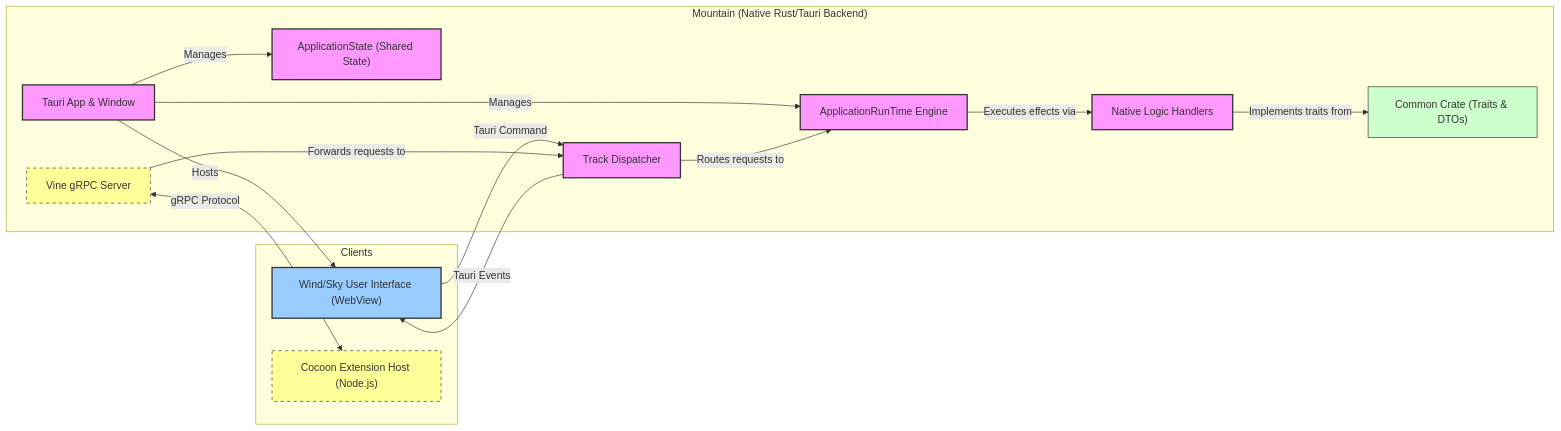
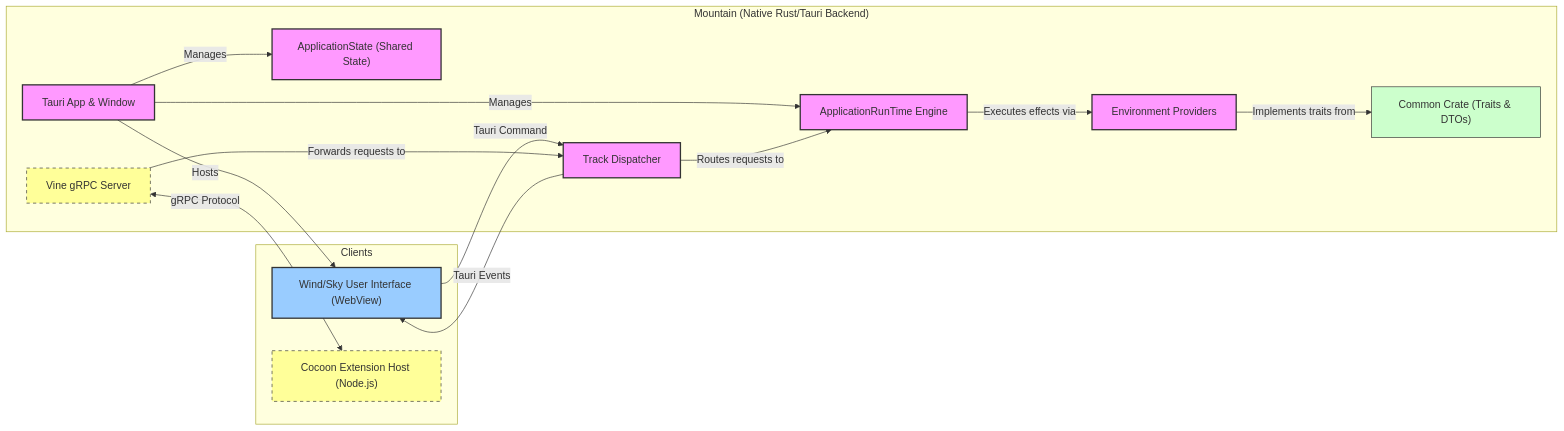
One commit to CodeEditorLand/Mountain changed the diagram in README.md. Above: the diagram before and after it, drawn with Mermaid. The commit also changed other lines of this file and 43 other files, not shown here.

````diff
--- a/README.md
+++ b/README.md
@@ -90,37 +90,37 @@
 ```mermaid
 graph LR
-    classDef mountain fill:#f9f,stroke:#333,stroke-width:2px;
-    classDef cocoon fill:#ccf,stroke:#333,stroke-width:2px;
-    classDef wind fill:#9cf,stroke:#333,stroke-width:2px;
+    classDef Mountain fill:#f9f,stroke:#333,stroke-width:2px;
+    classDef Cocoon fill:#ccf,stroke:#333,stroke-width:2px;
+    classDef Wind fill:#9cf,stroke:#333,stroke-width:2px;
     classDef Common fill:#cfc,stroke:#333,stroke-width:1px;
     classDef IPC fill:#ff9,stroke:#333,stroke-width:1px,stroke-dasharray: 5 5;
 
     subgraph "Mountain (Native Rust/Tauri Backend)"
-        TauriRuntime[Tauri App & Window]:::mountain
-        ApplicationRunTime[ApplicationRunTime Engine]:::mountain
-        ApplicationState["ApplicationState (Shared State)"]:::mountain
-        TrackDispatcher[Track Dispatcher]:::mountain
+        TauriRuntime[Tauri App & Window]:::Mountain
+        ApplicationRunTime[ApplicationRunTime Engine]:::Mountain
+        ApplicationState["ApplicationState (Shared State)"]:::Mountain
+        TrackDispatcher[Track Dispatcher]:::Mountain
         VinegRPC[Vine gRPC Server]:::IPC
-        NativeHandlers[Native Logic Handlers]:::mountain
+        EnvironmentProviders[Environment Providers]:::Mountain
         CommonCrate["Common Crate (Traits & DTOs)"]:::Common
 
         TauriRuntime -- Manages --> ApplicationState
         TauriRuntime -- Manages --> ApplicationRunTime
-        ApplicationRunTime -- Executes effects via --> NativeHandlers
+        ApplicationRunTime -- Executes effects via --> EnvironmentProviders
         TrackDispatcher -- Routes requests to --> ApplicationRunTime
     end
 
     subgraph "Clients"
-        WindUI["Wind/Sky User Interface (WebView)"]:::wind
-        CocoonSideCar["Cocoon Extension Host (Node.js)"]:::cocoon
+        WindUI["Wind/Sky User Interface (WebView)"]:::Wind
+        CocoonSideCar["Cocoon Extension Host (Node.js)"]:::Cocoon
     end
 
     TauriRuntime -- Hosts --> WindUI
     WindUI -- Tauri Command --> TrackDispatcher
     TrackDispatcher -- Tauri Events --> WindUI
 
     VinegRPC -- gRPC Protocol <--> CocoonSideCar; class VinegRPC,CocoonSideCar IPC
     VinegRPC -- Forwards requests to --> TrackDispatcher
 
-    NativeHandlers -- Implements traits from --> CommonCrate
+    EnvironmentProviders -- Implements traits from --> CommonCrate
 ```
````
